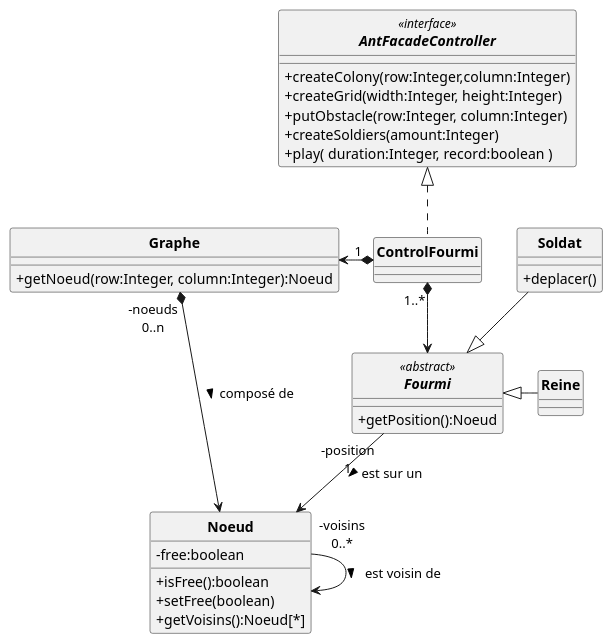
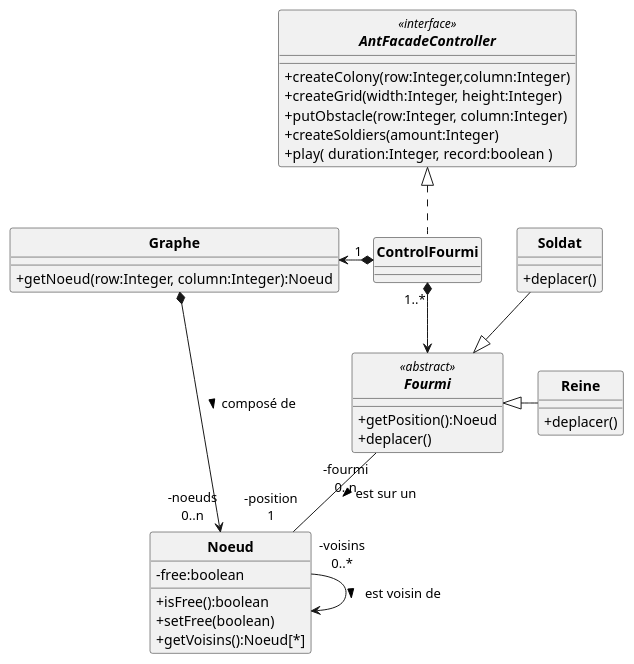
The diagram in Code/uml/Fourmis_DC.puml (ErenMustafaGit/ColonieFourmis), drawn with PlantUML before and after one commit. The commit also changed 1 other file, not shown here.

```diff
--- a/Code/uml/Fourmis_DC.puml
+++ b/Code/uml/Fourmis_DC.puml
@@ -1,66 +1,67 @@
 @startuml
 'https://plantuml.com/sequence-diagram
 allow_mixing
 skinparam style strictuml
 skinparam classAttributeIconSize 0
 skinparam circledCharacterRadius 0
 skinparam circledCharacterFontSize 0
 skinparam classFontStyle Bold
 'autonumber
 
 'Controleur
 interface AntFacadeController <<interface>> {
     '+setParameters( evaporationParam:Integer, foodParam:Integer, pheromoneParam:Integer )
     +createColony(row:Integer,column:Integer)
     +createGrid(width:Integer, height:Integer)
     +putObstacle(row:Integer, column:Integer)
     '+putFood( row:Integer, column:Integer, quantity:Integer);
     '+createWorkers( amount:Integer )
     +createSoldiers(amount:Integer)
     '+setAntFile(antLogFile:String);
     +play( duration:Integer, record:boolean )
 }
 
 class Noeud {
     -free:boolean
     +isFree():boolean
     +setFree(boolean)
     +getVoisins():Noeud[*]
 }
 
 abstract Fourmi <<abstract>> {
     +getPosition():Noeud
+    +deplacer()
 }
 class Reine{
-
+    +deplacer()
 
 }
 class Soldat{
     +deplacer()
 }
 
 
 'class Graphe implements AntFacadeController{
 class ControlFourmi implements AntFacadeController{
 
 }
 
 class ControlFourmi{
 }
 
 class Graphe{
  +getNoeud(row:Integer, column:Integer):Noeud
 }
 
 
 Soldat --|> Fourmi
 Reine -l-|> Fourmi
 
 ControlFourmi "1 " *-l-> Graphe
 ControlFourmi "1..*" *--> Fourmi
 
-Graphe "-noeuds\n0..n" *-r-> Noeud : composé de >
-Fourmi "-position\n1" --> Noeud : est sur un >
+Graphe *-r-> "-noeuds\n0..n" Noeud : composé de >
+Fourmi "-fourmi\n0..n" -- "-position\n1" Noeud  : est sur un >
 Noeud "-voisins\n0..*" -> Noeud : est voisin de >
 
 @enduml
```
